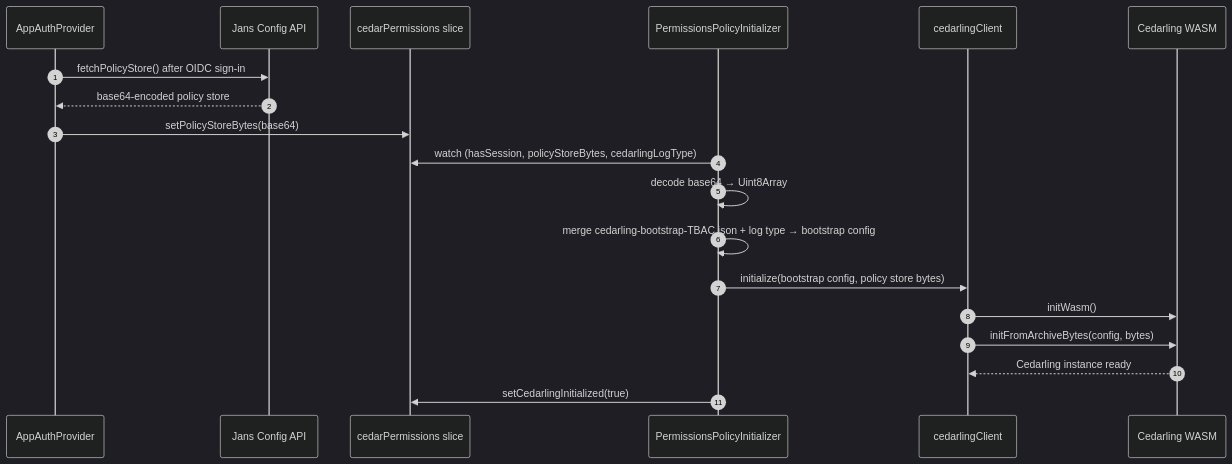
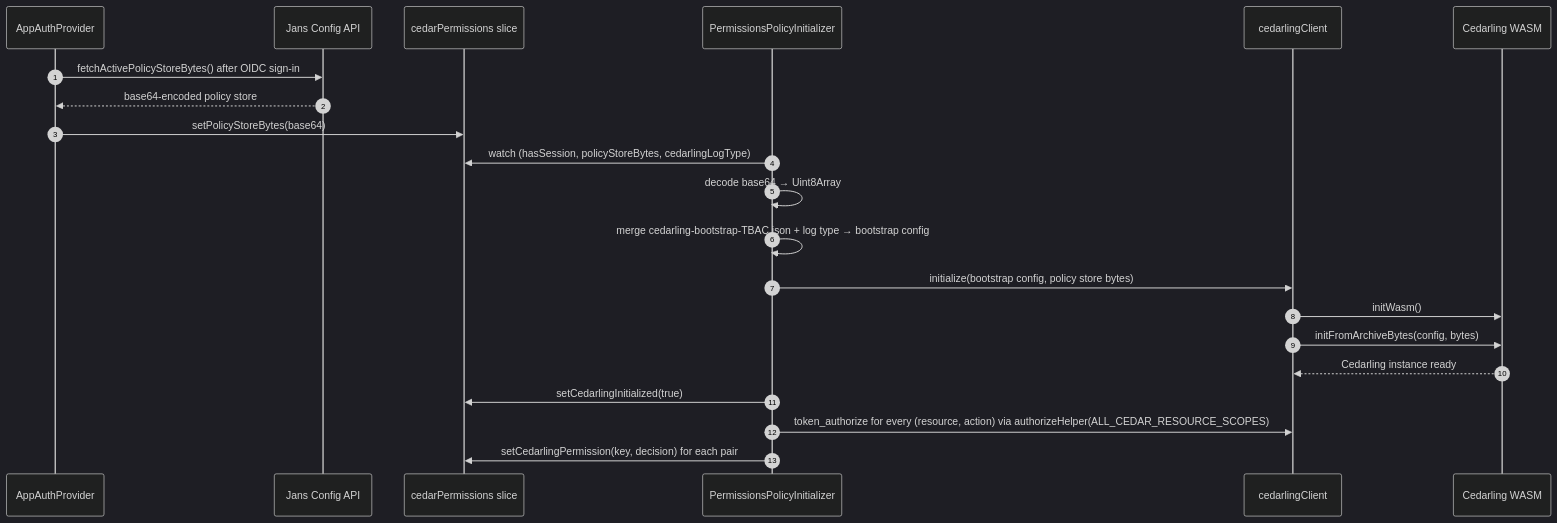
The first of 2 diagrams in admin-ui/docs/cedarling.md (GluuFederation/flex), drawn with Mermaid (dark theme) before and after one commit. The commit also changed other lines of this file and 6 other files, not shown here.

````diff
--- a/admin-ui/docs/cedarling.md
+++ b/admin-ui/docs/cedarling.md
@@ -21,22 +21,24 @@
 ```mermaid
 sequenceDiagram
     autonumber
     participant Auth as AppAuthProvider
     participant API as Jans Config API
     participant Redux as cedarPermissions slice
     participant Init as PermissionsPolicyInitializer
     participant Client as cedarlingClient
     participant Wasm as Cedarling WASM
 
-    Auth->>API: fetchPolicyStore() after OIDC sign-in
+    Auth->>API: fetchActivePolicyStoreBytes() after OIDC sign-in
     API-->>Auth: base64-encoded policy store
     Auth->>Redux: setPolicyStoreBytes(base64)
     Init->>Redux: watch (hasSession, policyStoreBytes, cedarlingLogType)
     Init->>Init: decode base64 → Uint8Array
     Init->>Init: merge cedarling-bootstrap-TBAC.json + log type → bootstrap config
     Init->>Client: initialize(bootstrap config, policy store bytes)
     Client->>Wasm: initWasm()
     Client->>Wasm: initFromArchiveBytes(config, bytes)
     Wasm-->>Client: Cedarling instance ready
     Init->>Redux: setCedarlingInitialized(true)
+    Init->>Client: token_authorize for every (resource, action) via authorizeHelper(ALL_CEDAR_RESOURCE_SCOPES)
+    Init->>Redux: setCedarlingPermission(key, decision) for each pair
 ```
````
